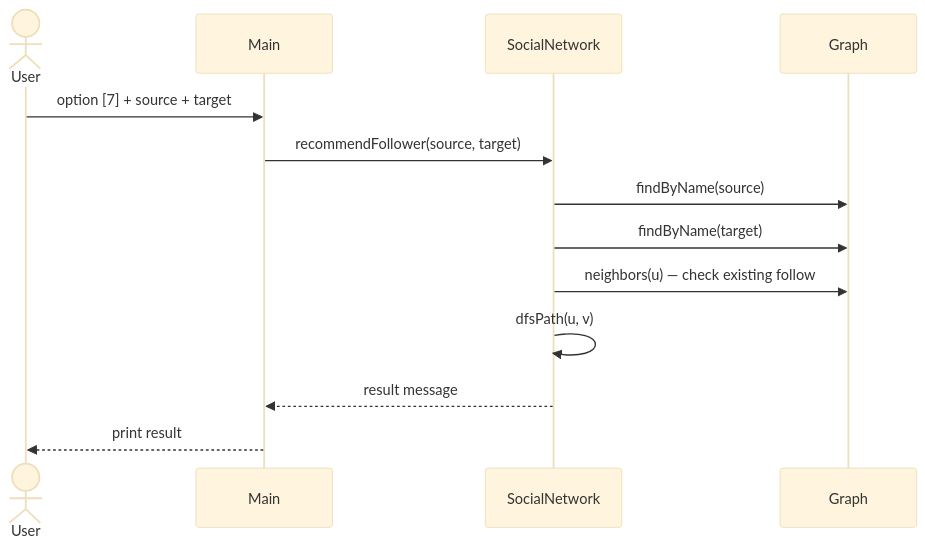
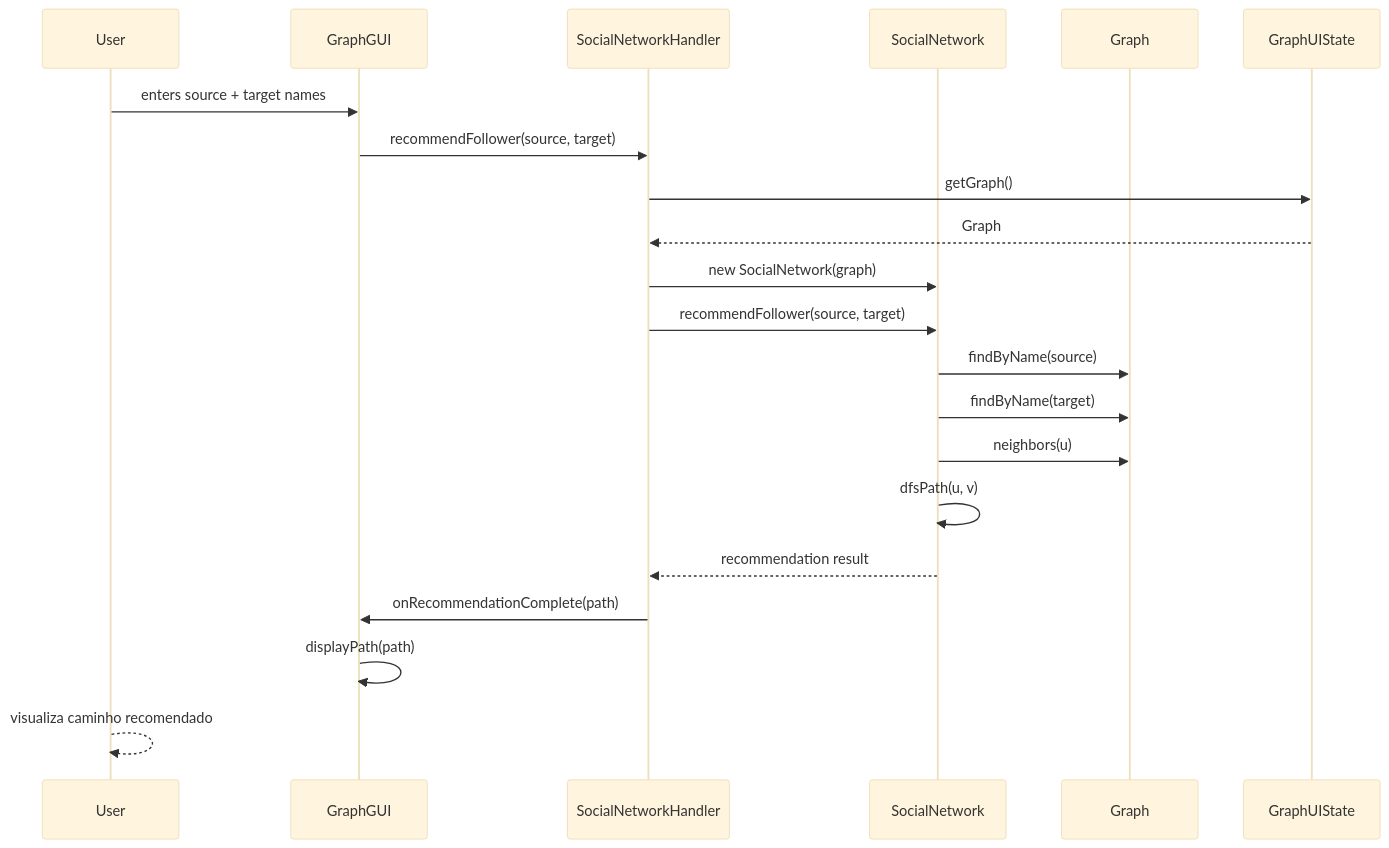
The sixth of 7 diagrams in docs/design.md (cyberfika/highDimensionalGraphApp), drawn with Mermaid (base theme) before and after one commit. The commit also changed other lines of this file and 1 other file, not shown here.

Commit message:
Add custom GUI components for improved user interaction and visual feedback

````diff
--- a/docs/design.md
+++ b/docs/design.md
@@ -136,16 +370,24 @@
 ```mermaid
 sequenceDiagram
-    actor User
-    participant Main
+    participant User
+    participant GraphGUI
+    participant SocialNetworkHandler
     participant SocialNetwork
     participant Graph
+    participant GraphUIState
 
-    User->>Main: option [7] + source + target
-    Main->>SocialNetwork: recommendFollower(source, target)
+    User->>GraphGUI: enters source + target names
+    GraphGUI->>SocialNetworkHandler: recommendFollower(source, target)
+    SocialNetworkHandler->>GraphUIState: getGraph()
+    GraphUIState-->>SocialNetworkHandler: Graph
+    SocialNetworkHandler->>SocialNetwork: new SocialNetwork(graph)
+    SocialNetworkHandler->>SocialNetwork: recommendFollower(source, target)
     SocialNetwork->>Graph: findByName(source)
     SocialNetwork->>Graph: findByName(target)
-    SocialNetwork->>Graph: neighbors(u) — check existing follow
+    SocialNetwork->>Graph: neighbors(u)
     SocialNetwork->>SocialNetwork: dfsPath(u, v)
-    SocialNetwork-->>Main: result message
-    Main-->>User: print result
+    SocialNetwork-->>SocialNetworkHandler: recommendation result
+    SocialNetworkHandler->>GraphGUI: onRecommendationComplete(path)
+    GraphGUI->>GraphGUI: displayPath(path)
+    User-->>User: visualiza caminho recomendado
 ```
````
